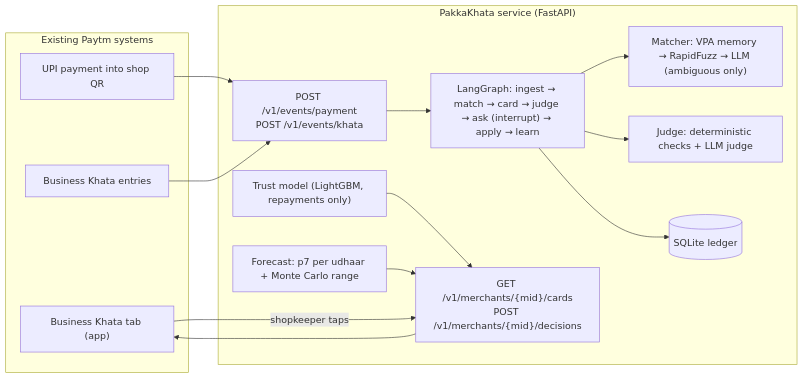
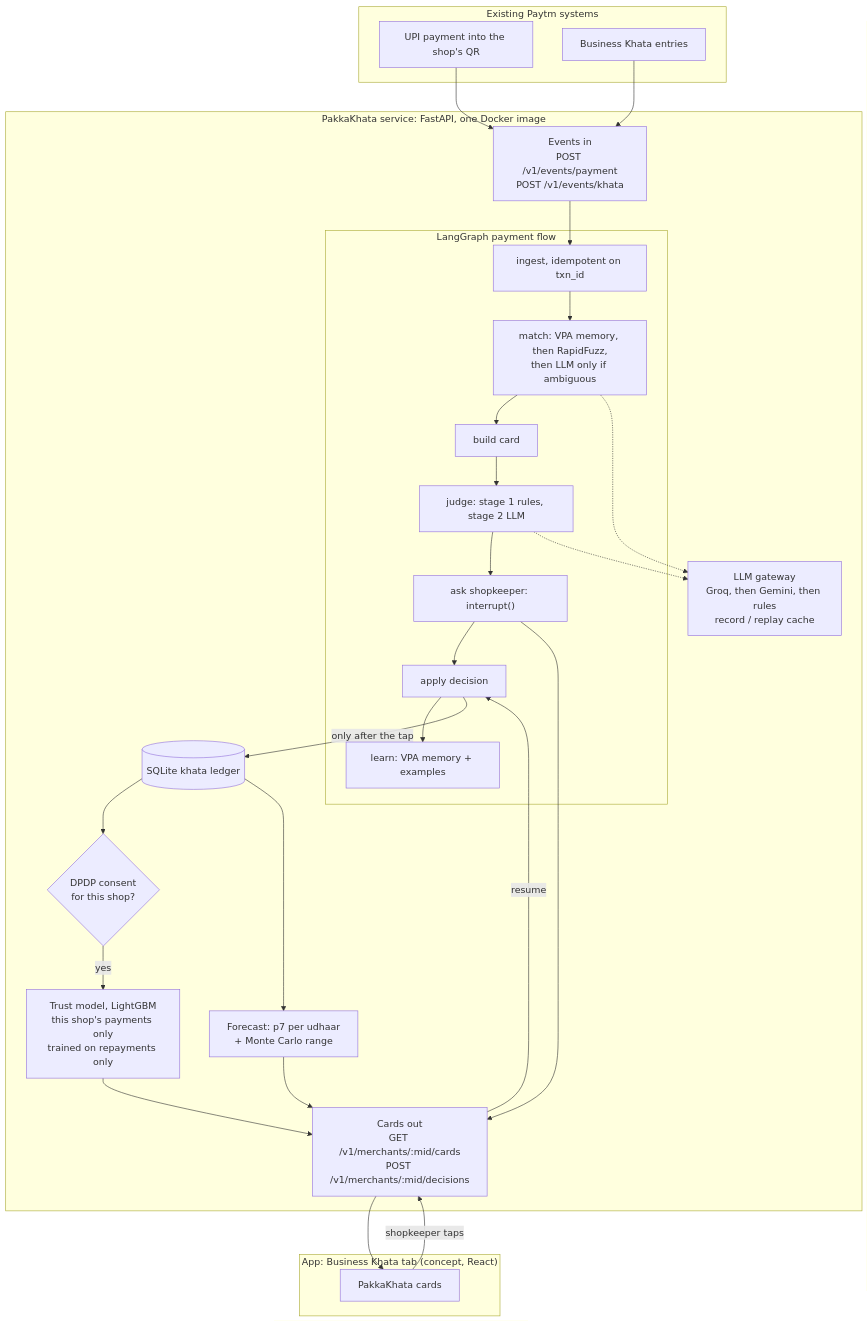
One commit to harshaa1231/Paytm-Hackathon changed the diagram in README.md. Above: the diagram before and after it, drawn with Mermaid. The commit also changed other lines of this file and 2 other files, not shown here.

Commit message:
README: architecture diagram updated (React app, LLM gateway, consent gate, ledger writes only after the tap); remove .gitignore and .env.example from the repo

````diff
--- a/README.md
+++ b/README.md
@@ -62,28 +62,39 @@
 ```mermaid
-flowchart LR
-  subgraph Paytm["Existing Paytm systems"]
-    QR["UPI payment into shop QR"]
+flowchart TB
+  subgraph PAYTM["Existing Paytm systems"]
+    QR["UPI payment into the shop's QR"]
     BK["Business Khata entries"]
-    APP["Business Khata tab (app)"]
   end
-  subgraph PK["PakkaKhata service (FastAPI)"]
-    EV["POST /v1/events/payment<br/>POST /v1/events/khata"]
-    G["LangGraph: ingest → match → card → judge → ask (interrupt) → apply → learn"]
-    M["Matcher: VPA memory → RapidFuzz → LLM (ambiguous only)"]
-    T["Trust model (LightGBM, repayments only)"]
-    F["Forecast: p7 per udhaar + Monte Carlo range"]
-    J["Judge: deterministic checks + LLM judge"]
-    DB[("SQLite ledger")]
-    CARDS["GET /v1/merchants/{mid}/cards<br/>POST /v1/merchants/{mid}/decisions"]
+  subgraph SVC["PakkaKhata service: FastAPI, one Docker image"]
+    EV["Events in<br/>POST /v1/events/payment<br/>POST /v1/events/khata"]
+    subgraph FLOW["LangGraph payment flow"]
+      I["ingest, idempotent on txn_id"] --> MA["match: VPA memory, then RapidFuzz,<br/>then LLM only if ambiguous"]
+      MA --> C["build card"] --> J["judge: stage 1 rules, stage 2 LLM"]
+      J --> ASK["ask shopkeeper: interrupt()"] --> AP["apply decision"] --> L["learn: VPA memory + examples"]
+    end
+    LLM["LLM gateway<br/>Groq, then Gemini, then rules<br/>record / replay cache"]
+    DB[("SQLite khata ledger")]
+    CON{"DPDP consent<br/>for this shop?"}
+    T["Trust model, LightGBM<br/>this shop's payments only<br/>trained on repayments only"]
+    F["Forecast: p7 per udhaar<br/>+ Monte Carlo range"]
+    OUT["Cards out<br/>GET /v1/merchants/:mid/cards<br/>POST /v1/merchants/:mid/decisions"]
+  end
+  subgraph APP["App: Business Khata tab (concept, React)"]
+    UI["PakkaKhata cards"]
   end
   QR --> EV
   BK --> EV
-  EV --> G
-  G --> M
-  G --> J
-  T --> CARDS
-  F --> CARDS
-  G --> DB
-  CARDS --> APP
-  APP -- "shopkeeper taps" --> CARDS
+  EV --> I
+  MA -.-> LLM
+  J -.-> LLM
+  AP -->|"only after the tap"| DB
+  DB --> CON
+  CON -->|"yes"| T
+  T --> OUT
+  DB --> F
+  F --> OUT
+  ASK --> OUT
+  OUT --> UI
+  UI -->|"shopkeeper taps"| OUT
+  OUT -->|"resume"| AP
 ```
````
